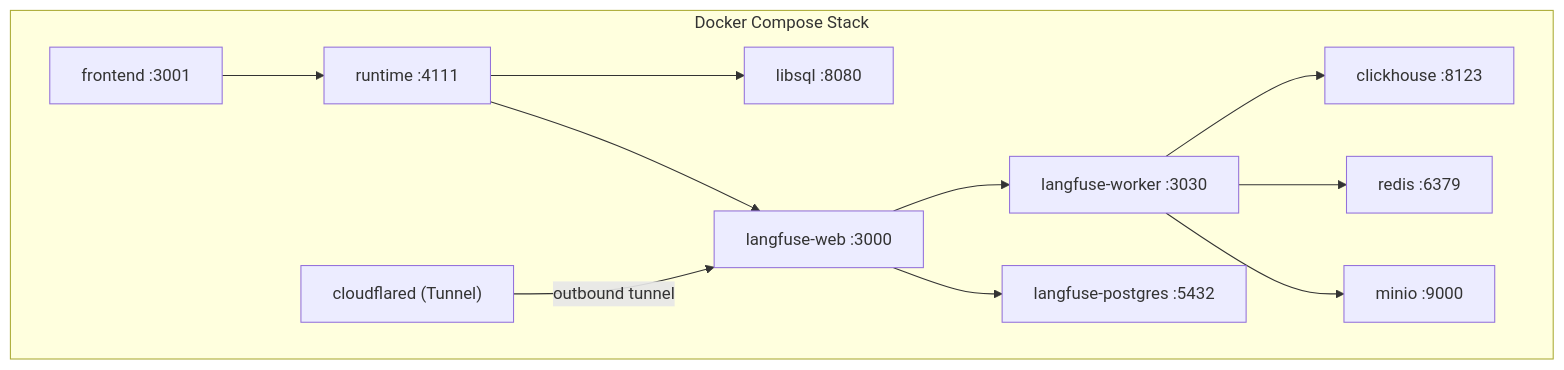
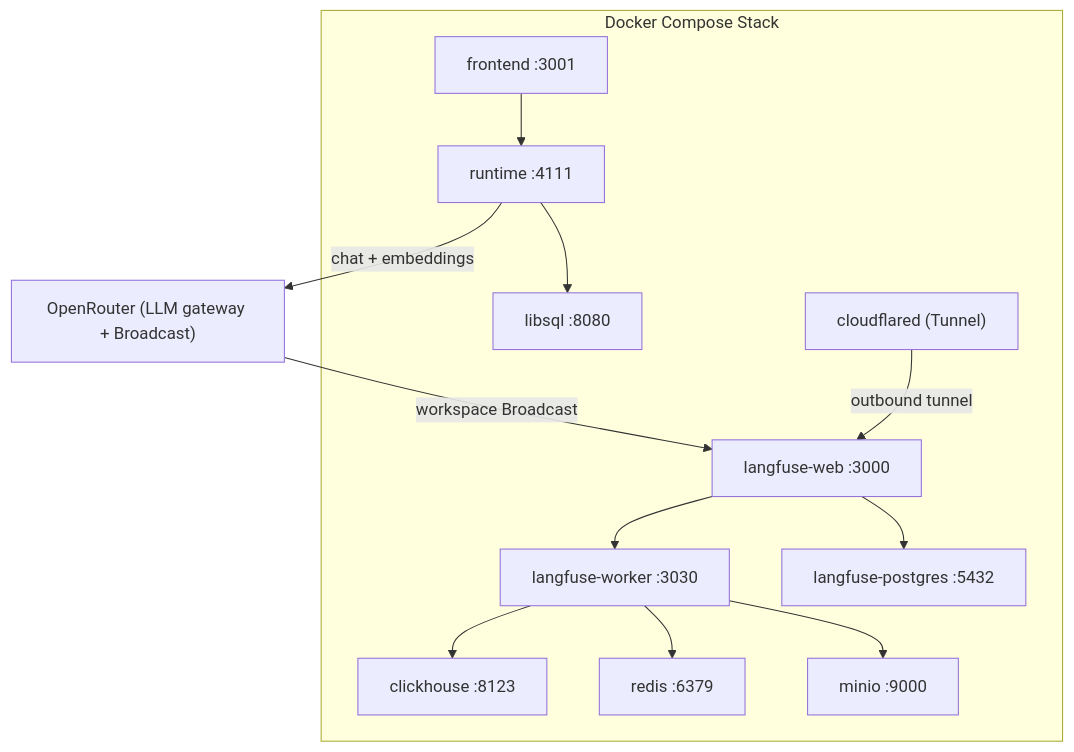
Before and after one commit to Agentic-Engineering-Agency/triage: the first of 2 diagrams in SCALING.md, drawn with Mermaid.

Commit message:
docs(scaling): reflect OpenRouter Broadcast as the trace path
Previously the Docker Compose diagram showed runtime -> langfuse-web as a
direct trace edge, which implied SDK-based instrumentation. Update the edge
to route via OpenRouter (our LLM gateway), since the Langfuse traces are
populated by OpenRouter's workspace Broadcast feature rather than by any
code in the runtime container.

````diff
--- a/SCALING.md
+++ b/SCALING.md
@@ -23,24 +23,26 @@
 ```mermaid
 graph TD
     subgraph DockerCompose["Docker Compose Stack"]
         frontend["frontend :3001"]
         runtime["runtime :4111"]
         libsql["libsql :8080"]
         langfuse-web["langfuse-web :3000"]
         langfuse-worker["langfuse-worker :3030"]
         clickhouse["clickhouse :8123"]
         redis["redis :6379"]
         minio["minio :9000"]
         langfuse-postgres["langfuse-postgres :5432"]
         cloudflared["cloudflared (Tunnel)"]
     end
     frontend --> runtime
     runtime --> libsql
-    runtime --> langfuse-web
+    openrouter["OpenRouter (LLM gateway + Broadcast)"]
+    runtime -->|chat + embeddings| openrouter
+    openrouter -->|workspace Broadcast| langfuse-web
     langfuse-web --> langfuse-worker
     langfuse-worker --> clickhouse
     langfuse-worker --> redis
     langfuse-worker --> minio
     langfuse-web --> langfuse-postgres
     cloudflared -->|outbound tunnel| langfuse-web
 ```
````
